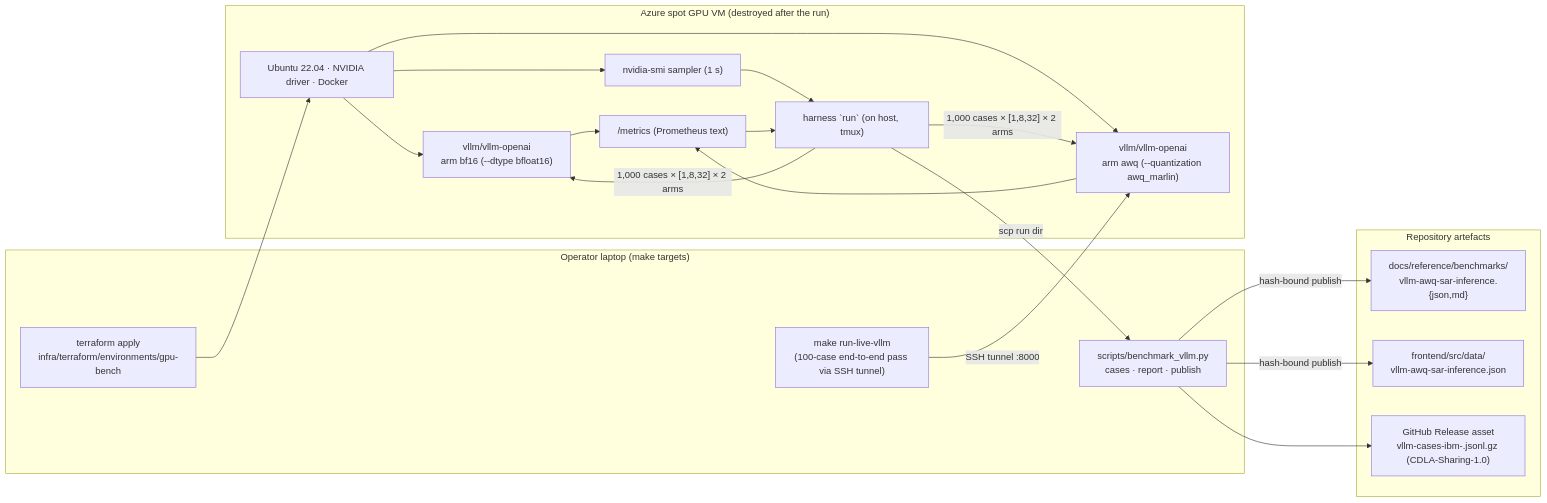
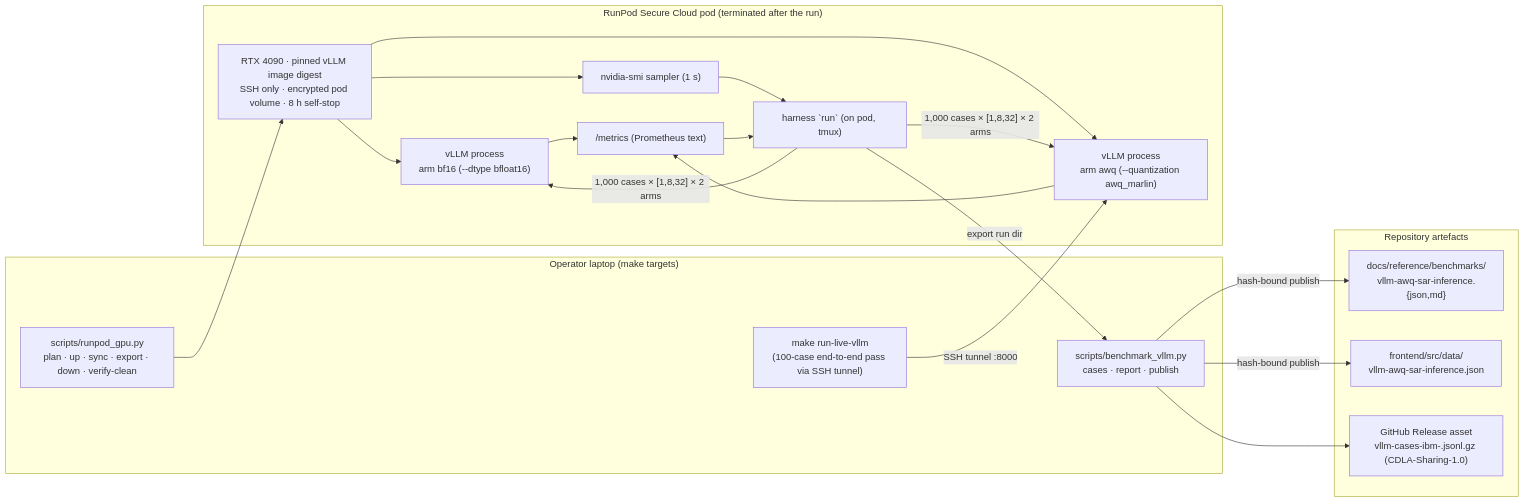
Before and after one commit to Kartik-Hirijaganer/FraudLens: the first of 3 diagrams in plans/2026-09-13-vllm-awq-benchmark-fulldata-training-and-aks-deployment.md, drawn with Mermaid. The commit also changed other lines of this file and 9 other files, not shown here.

Commit message:
docs(plan): make RunPod the default GPU benchmark host

````diff
--- a/plans/2026-09-13-vllm-awq-benchmark-fulldata-training-and-aks-deployment.md
+++ b/plans/2026-09-13-vllm-awq-benchmark-fulldata-training-and-aks-deployment.md
@@ -129,28 +132,28 @@
 ```mermaid
 flowchart LR
   subgraph Laptop["Operator laptop (make targets)"]
-    TF["terraform apply<br/>infra/terraform/environments/gpu-bench"]
+    OP["scripts/runpod_gpu.py<br/>plan · up · sync · export · down · verify-clean"]
     CLI["scripts/benchmark_vllm.py<br/>cases · report · publish"]
     APP["make run-live-vllm<br/>(100-case end-to-end pass via SSH tunnel)"]
   end
-  subgraph Azure["Azure spot GPU VM (destroyed after the run)"]
-    VM["Ubuntu 22.04 · NVIDIA driver · Docker"]
-    RUN["harness `run` (on host, tmux)"]
-    V1["vllm/vllm-openai<br/>arm bf16 (--dtype bfloat16)"]
-    V2["vllm/vllm-openai<br/>arm awq (--quantization awq_marlin)"]
+  subgraph RunPod["RunPod Secure Cloud pod (terminated after the run)"]
+    POD["RTX 4090 · pinned vLLM image digest<br/>SSH only · encrypted pod volume · 8 h self-stop"]
+    RUN["harness `run` (on pod, tmux)"]
+    V1["vLLM process<br/>arm bf16 (--dtype bfloat16)"]
+    V2["vLLM process<br/>arm awq (--quantization awq_marlin)"]
     NS["nvidia-smi sampler (1 s)"]
     MET["/metrics (Prometheus text)"]
   end
   subgraph Repo["Repository artefacts"]
     DOCS["docs/reference/benchmarks/<br/>vllm-awq-sar-inference.{json,md}"]
     FE["frontend/src/data/<br/>vllm-awq-sar-inference.json"]
     REL["GitHub Release asset<br/>vllm-cases-ibm-<sha>.jsonl.gz (CDLA-Sharing-1.0)"]
   end
-  TF --> VM --> V1 & V2 & NS
+  OP --> POD --> V1 & V2 & NS
   V1 & V2 --> MET
   RUN -- "1,000 cases × [1,8,32] × 2 arms" --> V1 & V2
   NS & MET --> RUN
-  RUN -- "scp run dir" --> CLI -- "hash-bound publish" --> DOCS & FE
+  RUN -- "export run dir" --> CLI -- "hash-bound publish" --> DOCS & FE
   CLI --> REL
   APP -- "SSH tunnel :8000" --> V2
 ```
````
